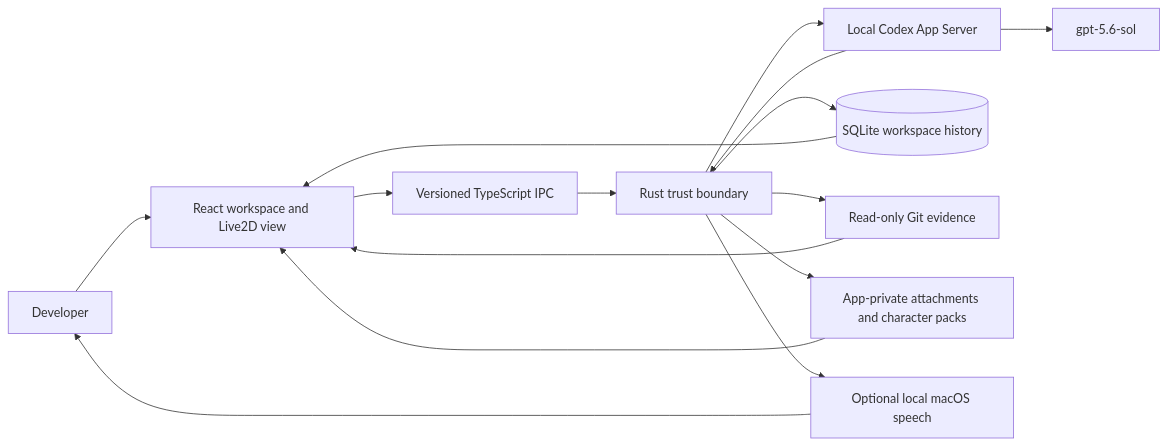
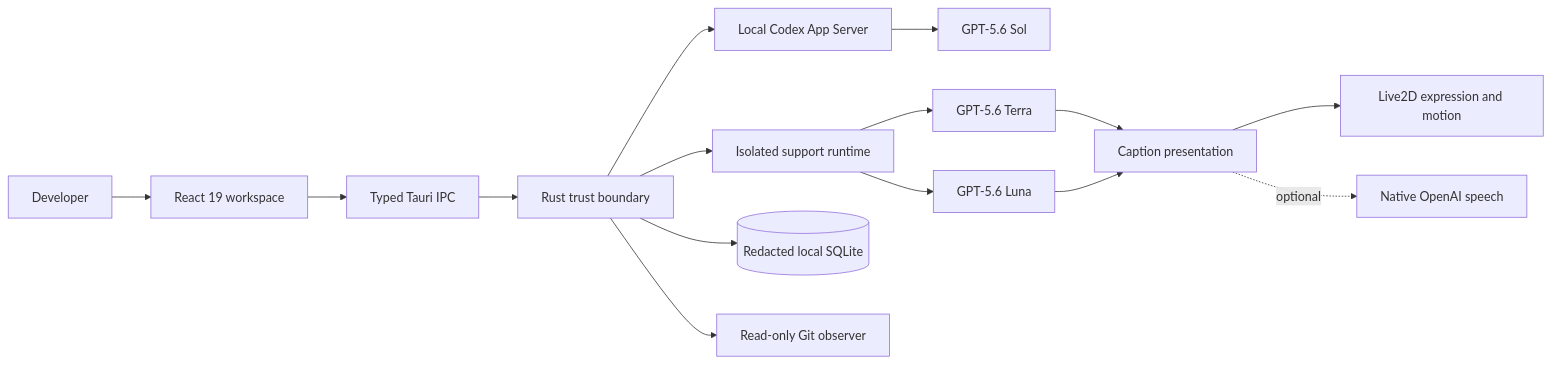
Before and after one commit to aki-0421/coding-wife: the diagram in README.md, drawn with Mermaid. The commit also changed other lines of this file and 126 other files, not shown here.

````diff
--- a/README.md
+++ b/README.md
@@ -154,17 +56,17 @@
-```mermaid
+~~~mermaid
 flowchart LR
-    U[Developer] --> V[React workspace and Live2D view]
-    V --> I[Versioned TypeScript IPC]
-    I --> R[Rust trust boundary]
+    U[Developer] --> UI[React 19 workspace]
+    UI --> IPC[Typed Tauri IPC]
+    IPC --> R[Rust trust boundary]
     R --> C[Local Codex App Server]
-    C --> M[gpt-5.6-sol]
-    R --> H[(SQLite workspace history)]
-    R --> G[Read-only Git evidence]
-    R --> A[App-private attachments and character packs]
-    R --> N[Optional local macOS speech]
-    C --> R
-    H --> V
-    G --> V
-    A --> V
-    N --> U
-```
+    C --> S[GPT-5.6 Sol]
+    R --> X[Isolated support runtime]
+    X --> T[GPT-5.6 Terra]
+    X --> L[GPT-5.6 Luna]
+    R --> DB[(Redacted local SQLite)]
+    R --> G[Read-only Git observer]
+    T --> P[Caption presentation]
+    L --> P
+    P --> H[Live2D expression and motion]
+    P -. optional .-> A[Native OpenAI speech]
+~~~
````
